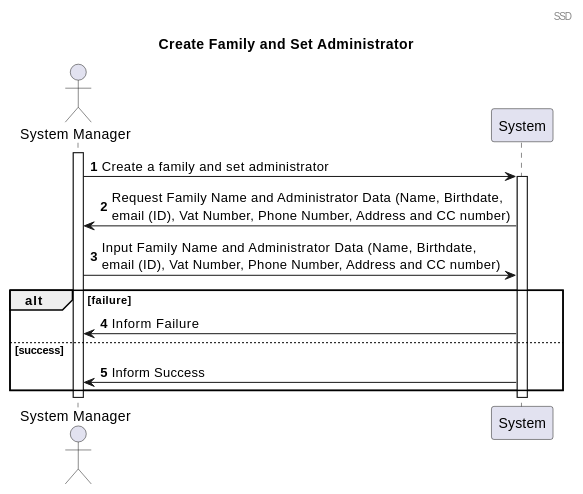
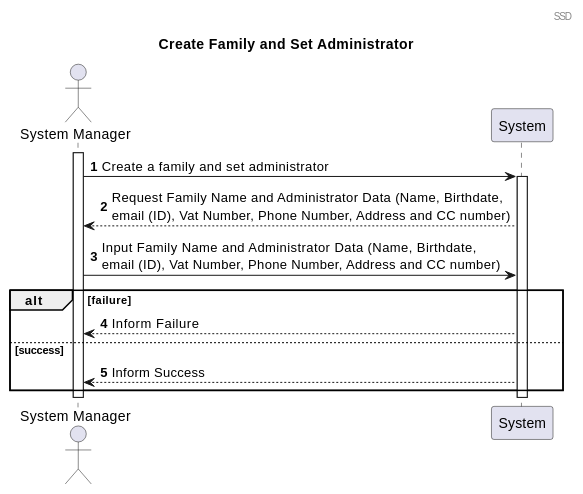
Before and after one commit to tomas-osswald/switch_2020_g3: the first of 4 diagrams in docs/sprint3/user_stories/US010_CreateAFamilyAndSetAdministrator.md, drawn with PlantUML. The commit also changed other lines of this file, not shown here.

````diff
--- a/docs/sprint3/user_stories/US010_CreateAFamilyAndSetAdministrator.md
+++ b/docs/sprint3/user_stories/US010_CreateAFamilyAndSetAdministrator.md
@@ -8,22 +8,22 @@
 ```plantuml
 @startuml
 
 header SSD
 title Create Family and Set Administrator
 autonumber
 actor "System Manager" as Actor
 participant "System" as System
 activate Actor
 Actor -> System : Create a family and set administrator
 activate System
-System -> Actor : Request Family Name and Administrator Data (Name, Birthdate, \nemail (ID), Vat Number, Phone Number, Address and CC number)  
+System --> Actor : Request Family Name and Administrator Data (Name, Birthdate, \nemail (ID), Vat Number, Phone Number, Address and CC number)  
 Actor -> System : Input Family Name and Administrator Data (Name, Birthdate, \nemail (ID), Vat Number, Phone Number, Address and CC number)
 alt failure
-System -> Actor : Inform Failure
+System --> Actor : Inform Failure
 else success 
-System -> Actor : Inform Success
+System --> Actor : Inform Success
 end
 deactivate System
 deactivate Actor
 @enduml
 ```
````
